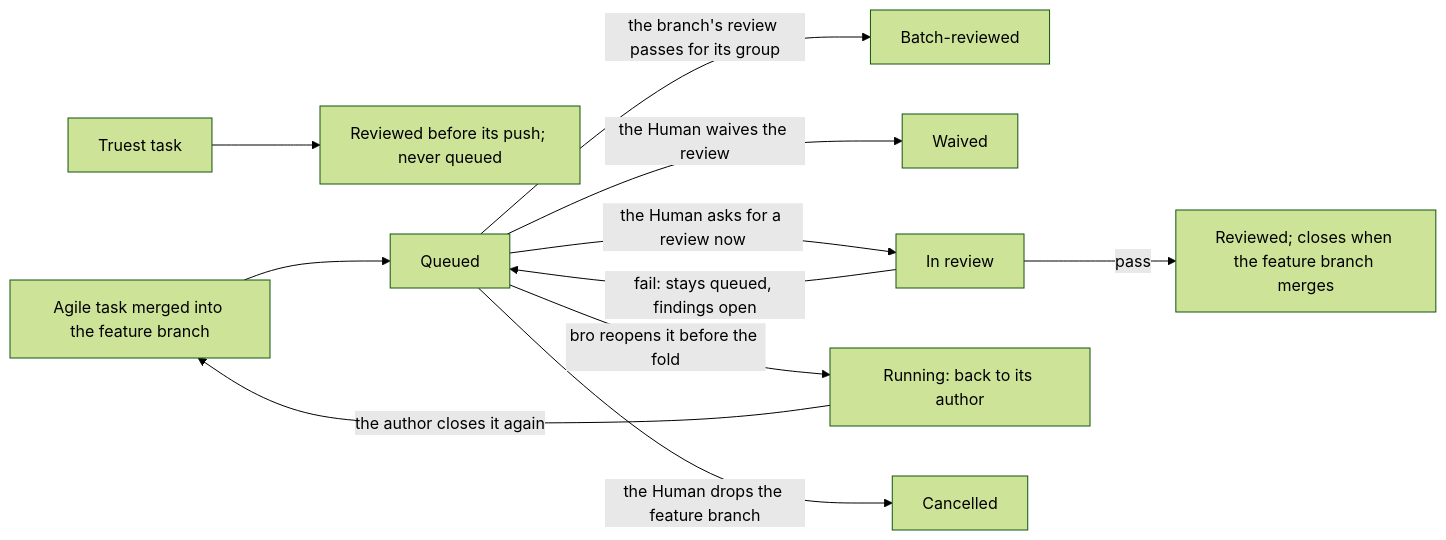
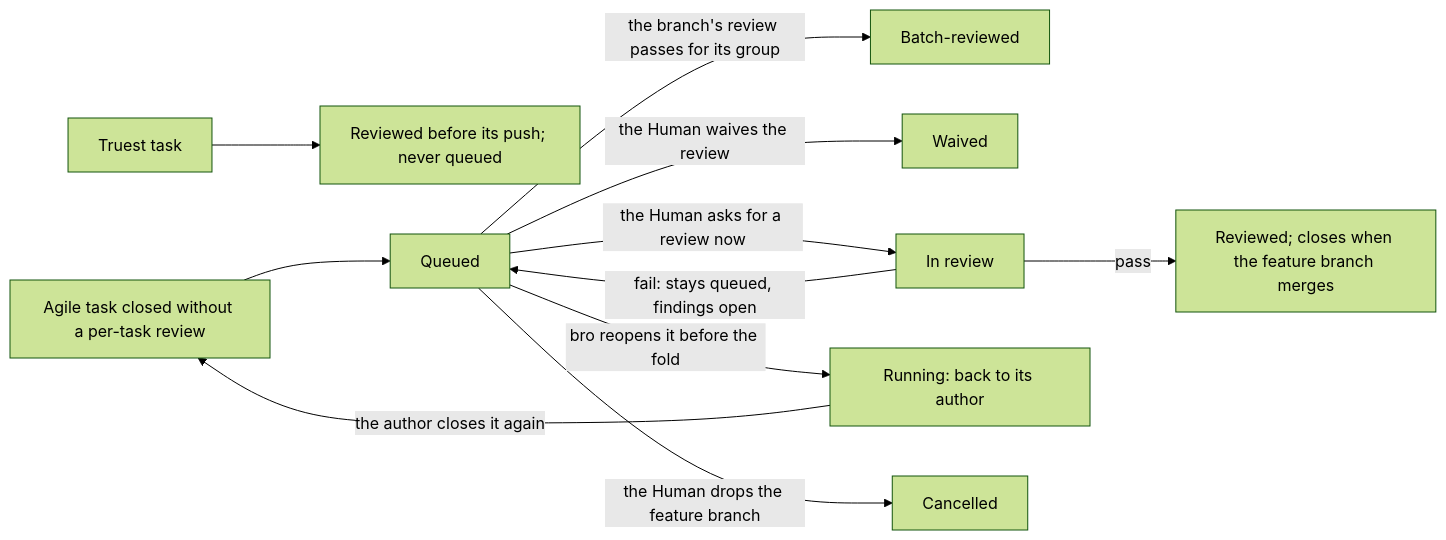
Before and after one commit to trustmybot/plugin: the third of 8 diagrams in docs/architecture/AGILE.md, drawn with Mermaid (forest theme). The commit also changed other lines of this file and 1 other file, not shown here.

First line of the commit message:
📝 docs(agile): the hand-off runs the full suite; a task is queued at its close (GH 2225)

````diff
--- a/docs/architecture/AGILE.md
+++ b/docs/architecture/AGILE.md
@@ -66,13 +66,13 @@
 ```mermaid
 flowchart LR
     T[Truest task] --> RV[Reviewed before its push; never queued]
-    A[Agile task merged into the feature branch] --> Q[Queued]
+    A[Agile task closed without a per-task review] --> Q[Queued]
     Q -- the branch's review passes for its group --> BR[Batch-reviewed]
     Q -- the Human waives the review --> W[Waived]
     Q -- the Human asks for a review now --> IR[In review]
     IR -- pass --> RD[Reviewed; closes when the feature branch merges]
     IR -- fail: stays queued, findings open --> Q
     Q -- bro reopens it before the fold --> RW[Running: back to its author]
     RW -- the author closes it again --> A
     Q -- the Human drops the feature branch --> ES[Cancelled]
 ```
````
